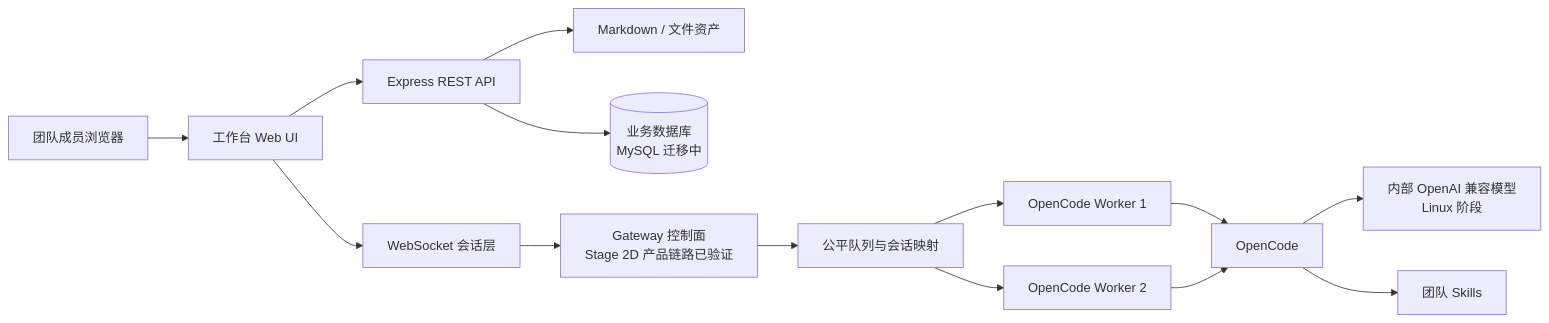
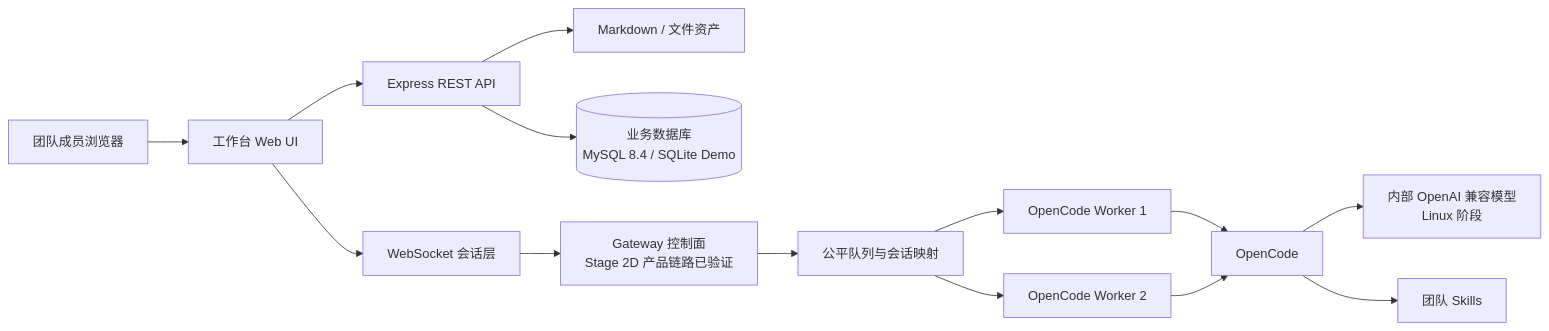
The second of 2 diagrams in README.md (rainerzhao/opencode-ia), drawn with Mermaid before and after one commit. The commit also changed other lines of this file and 24 other files, not shown here.

````diff
--- a/README.md
+++ b/README.md
@@ -110,16 +111,16 @@
 ```mermaid
 flowchart LR
     U[团队成员浏览器] --> W[工作台 Web UI]
     W --> A[Express REST API]
     W --> S[WebSocket 会话层]
     A --> F[Markdown / 文件资产]
-    A --> D[(业务数据库<br/>MySQL 迁移中)]
+    A --> D[(业务数据库<br/>MySQL 8.4 / SQLite Demo)]
     S --> G[Gateway 控制面<br/>Stage 2D 产品链路已验证]
     G --> Q[公平队列与会话映射]
     Q --> W1[OpenCode Worker 1]
     Q --> W2[OpenCode Worker 2]
     W1 --> O[OpenCode]
     W2 --> O
     O --> M[内部 OpenAI 兼容模型<br/>Linux 阶段]
     O --> K[团队 Skills]
 ```
````
